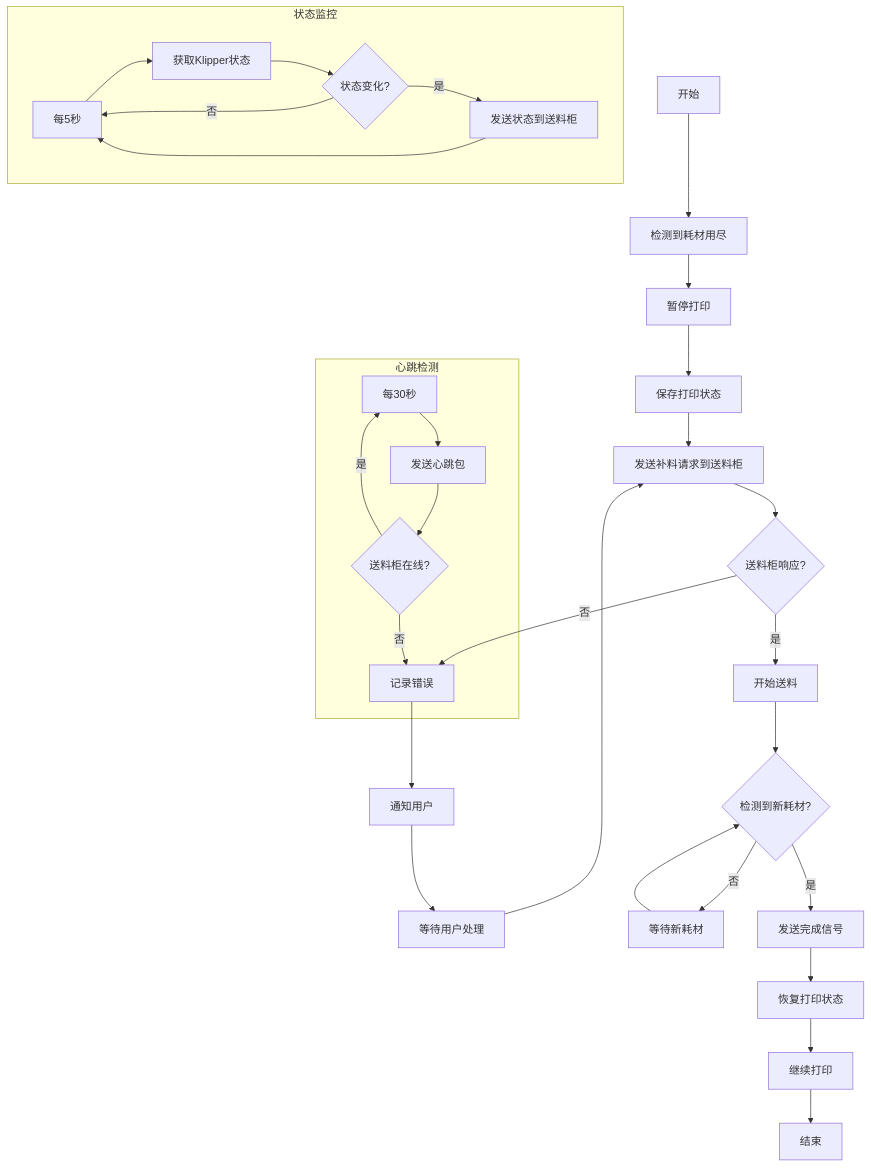
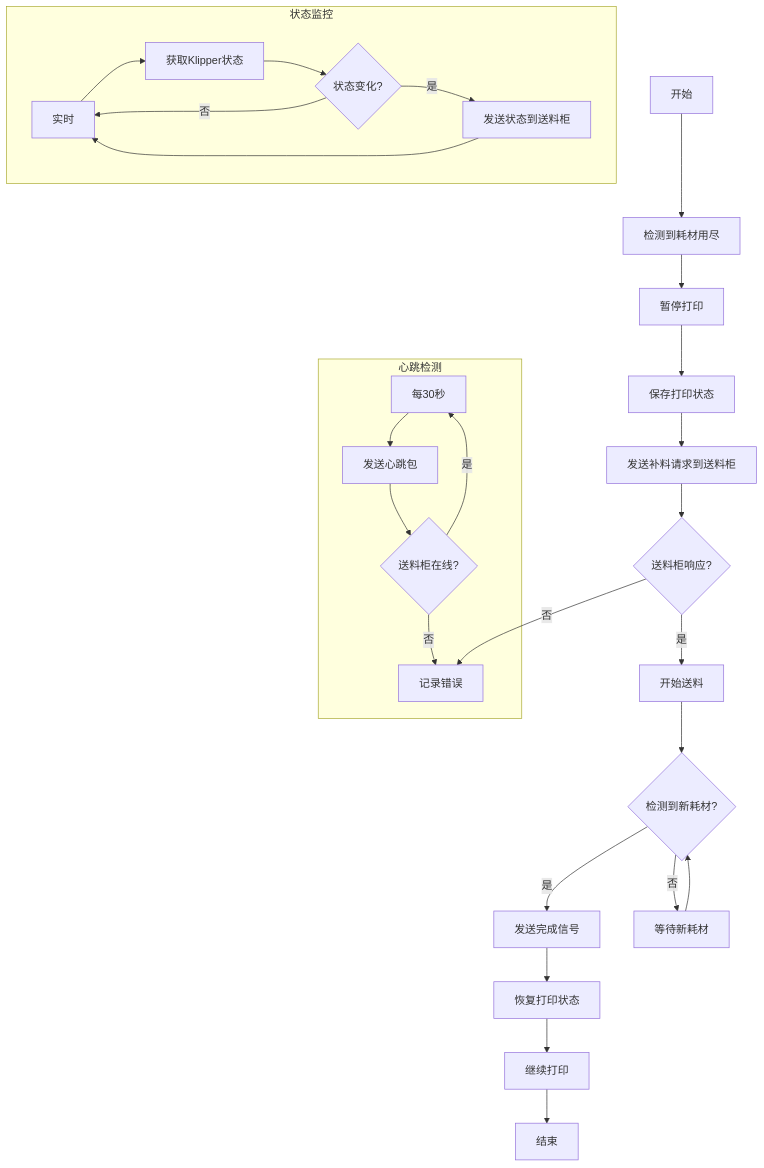
Before and after one commit to MINGDA3D/mingda_filament_hub: the diagram in doc/断料续打流程.md, drawn with Mermaid. The commit also changed 2 other files, not shown here.

Commit message:
在 KlipperMonitor 类中增强了断料检测和处理逻辑，添加了新方法以检查断料传感器状态，并在打印机状态变化时自动处理补料请求。同时，更新了主程序以支持自动重连功能，提升了系统的稳定性和错误处理能力。

````diff
--- a/doc/断料续打流程.md
+++ b/doc/断料续打流程.md
@@ -1,43 +1,40 @@
 ```mermaid
 graph TD
     A[开始] --> B[检测到耗材用尽]
     B --> C[暂停打印]
     C --> D[保存打印状态]
     D --> E[发送补料请求到送料柜]
     
     E --> F{送料柜响应?}
     F -->|是| G[开始送料]
     F -->|否| H[记录错误]
     
     G --> I{检测到新耗材?}
     I -->|是| J[发送完成信号]
     I -->|否| K[等待新耗材]
     K --> I
     
     J --> L[恢复打印状态]
     L --> M[继续打印]
     M --> N[结束]
-    
-    H --> O[通知用户]
-    O --> P[等待用户处理]
-    P --> E
+
     
     %% 添加心跳检测
     subgraph 心跳检测
         X[每30秒]
         X --> Y[发送心跳包]
         Y --> Z{送料柜在线?}
         Z -->|是| X
         Z -->|否| H
     end
     
     %% 添加状态监控
     subgraph 状态监控
-        S1[每5秒]
+        S1[实时]
         S1 --> S2[获取Klipper状态]
         S2 --> S3{状态变化?}
         S3 -->|是| S4[发送状态到送料柜]
         S3 -->|否| S1
         S4 --> S1
     end
 ```
````
